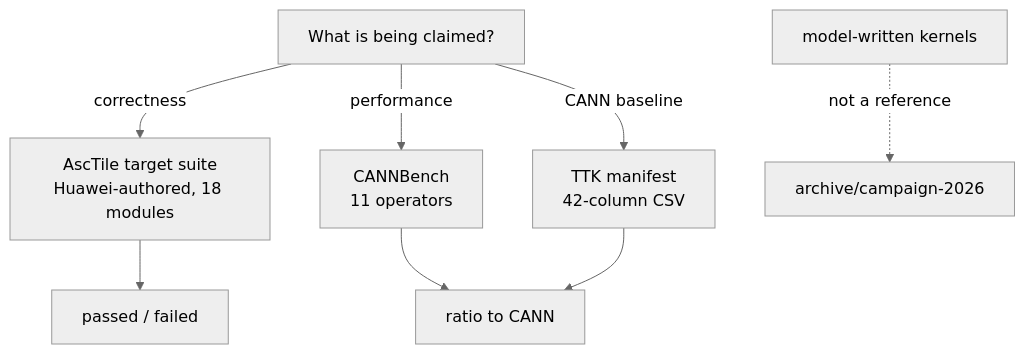
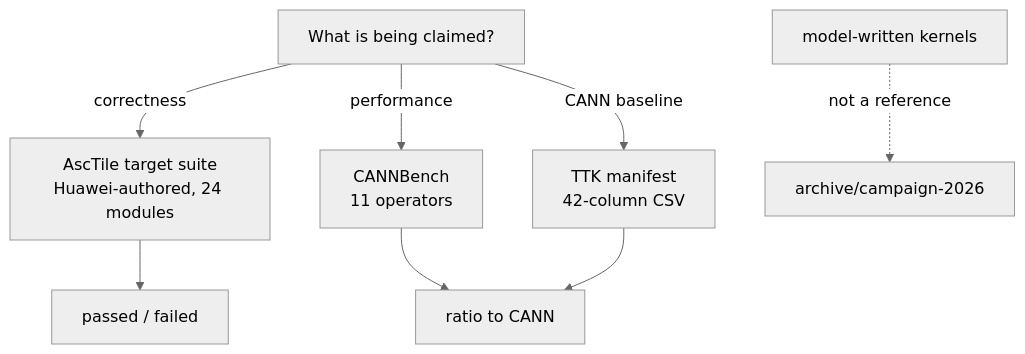
One commit to aloschilov/pyasc-skill-stack changed the diagram in docs/evidence-sources.md. Above: the diagram before and after it, drawn with Mermaid (neutral theme). The commit also changed other lines of this file and 109 other files, not shown here.

````diff
--- a/docs/evidence-sources.md
+++ b/docs/evidence-sources.md
@@ -12,11 +12,11 @@
 ```mermaid
 graph TD
   Q["What is being claimed?"]
-  Q -->|correctness| T["AscTile target suite<br/>Huawei-authored, 18 modules"]
+  Q -->|correctness| T["AscTile target suite<br/>Huawei-authored, 24 modules"]
   Q -->|performance| C["CANNBench<br/>11 operators"]
   Q -->|CANN baseline| K["TTK manifest<br/>42-column CSV"]
   T --> V["passed / failed"]
   C --> R["ratio to CANN"]
   K --> R
   G["model-written kernels"] -.->|not a reference| X["archive/campaign-2026"]
 ```
````
